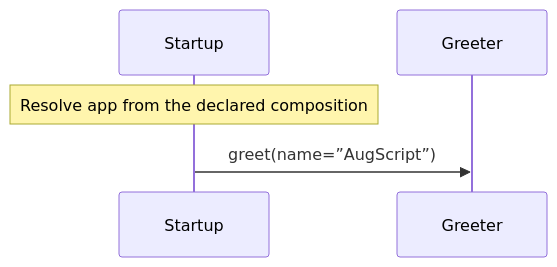
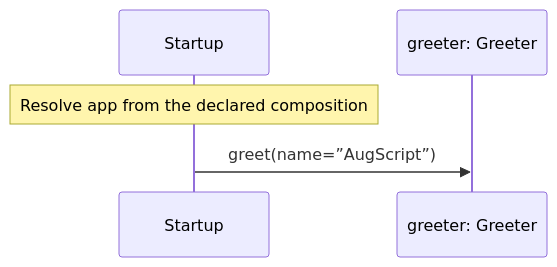
Before and after one commit to GreenPandaStudios/augscript: the third of 3 diagrams in docs/examples/hello/main-diagrams.md, drawn with Mermaid. The commit also changed 102 other files, not shown here.

Commit message:
Keep named service receivers distinct in sequence data flow

````diff
--- a/docs/examples/hello/main-diagrams.md
+++ b/docs/examples/hello/main-diagrams.md
@@ -47,7 +47,7 @@
 ```mermaid
 sequenceDiagram
     participant p0 as Startup
-    participant p1 as Greeter
+    participant p1 as greeter: Greeter
     Note over p0: Resolve app from the declared composition
     p0->>p1: greet(name=”AugScript”)
 ```
````
